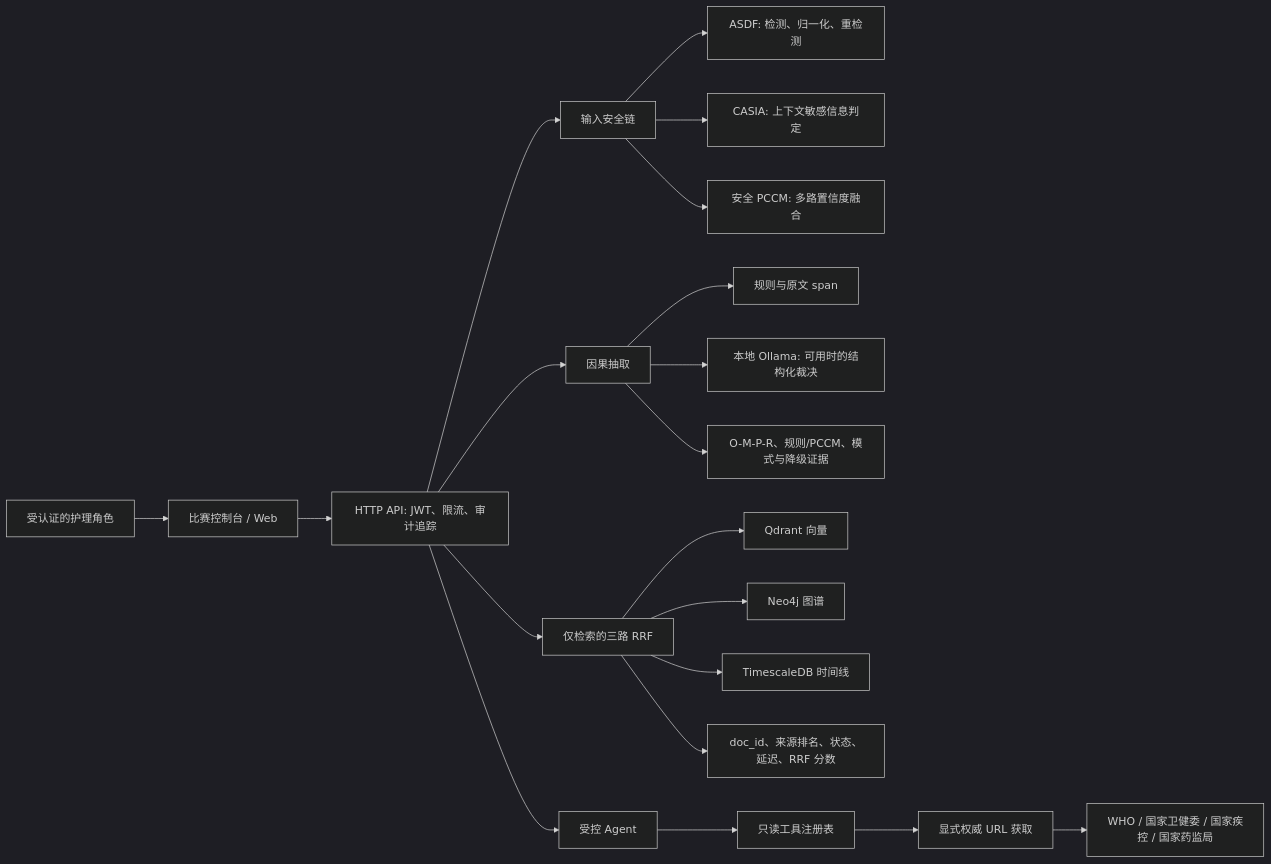
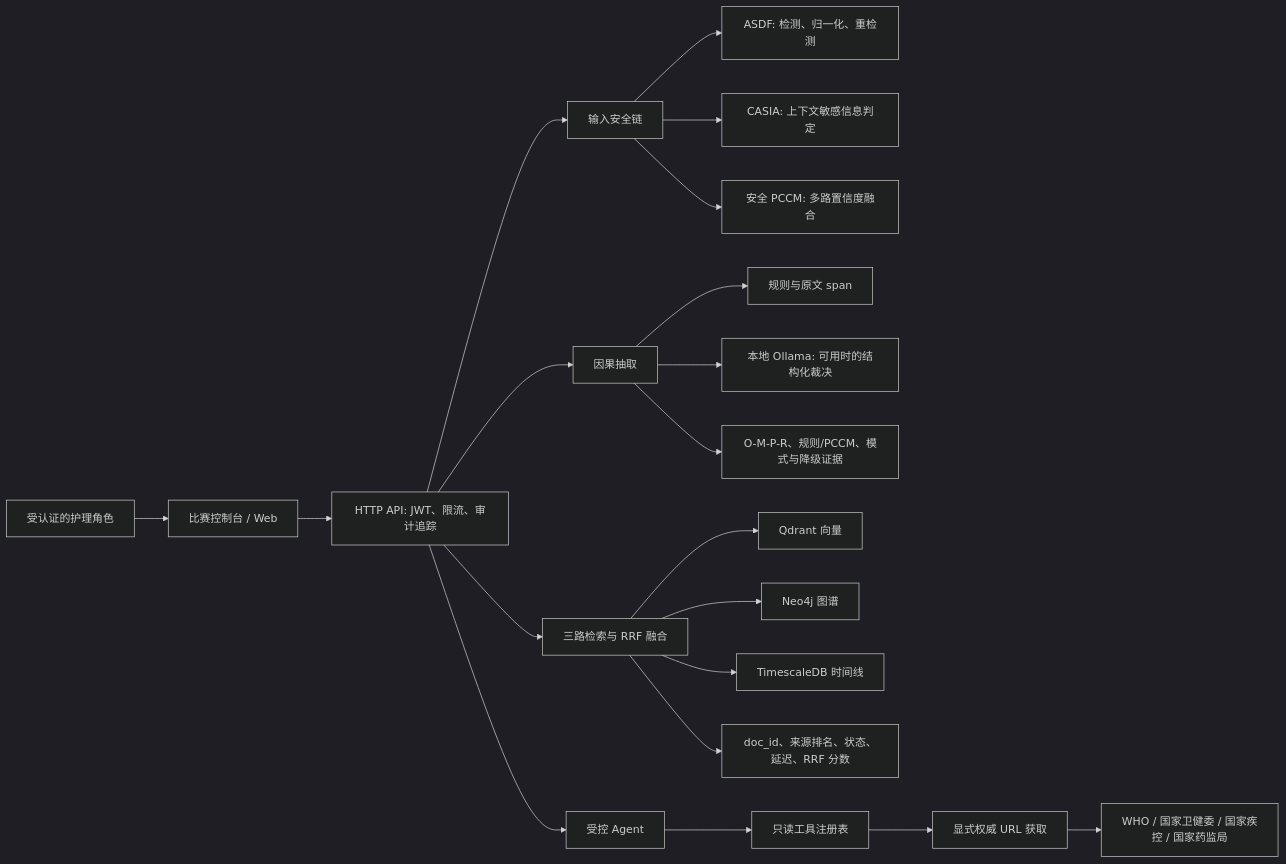
The diagram in docs/competition/比赛架构与可信演示手册.md (Gong-zheng-zzu/context), drawn with Mermaid (dark theme) before and after one commit. The commit also changed other lines of this file and 51 other files, not shown here.

````diff
--- a/docs/competition/比赛架构与可信演示手册.md
+++ b/docs/competition/比赛架构与可信演示手册.md
@@ -17,26 +17,26 @@
 ```mermaid
 flowchart LR
     User[受认证的护理角色] --> UI[比赛控制台 / Web]
     UI --> API[HTTP API: JWT、限流、审计追踪]
 
     API --> SEC[输入安全链]
     SEC --> ASDF[ASDF: 检测、归一化、重检测]
     SEC --> CASIA[CASIA: 上下文敏感信息判定]
     SEC --> SPCCM[安全 PCCM: 多路置信度融合]
 
     API --> CAUSAL[因果抽取]
     CAUSAL --> RULES[规则与原文 span]
     CAUSAL --> LLM[本地 Ollama: 可用时的结构化裁决]
     CAUSAL --> CEVIDENCE[O-M-P-R、规则/PCCM、模式与降级证据]
 
-    API --> RETRIEVE[仅检索的三路 RRF]
+    API --> RETRIEVE[三路检索与 RRF 融合]
     RETRIEVE --> VECTOR[Qdrant 向量]
     RETRIEVE --> GRAPH[Neo4j 图谱]
     RETRIEVE --> TIME[TimescaleDB 时间线]
     RETRIEVE --> REVIDENCE[doc_id、来源排名、状态、延迟、RRF 分数]
 
     API --> AGENT[受控 Agent]
     AGENT --> READONLY[只读工具注册表]
     READONLY --> AUTHWEB[显式权威 URL 获取]
     AUTHWEB --> SOURCES[WHO / 国家卫健委 / 国家疾控 / 国家药监局]
 ```
````
